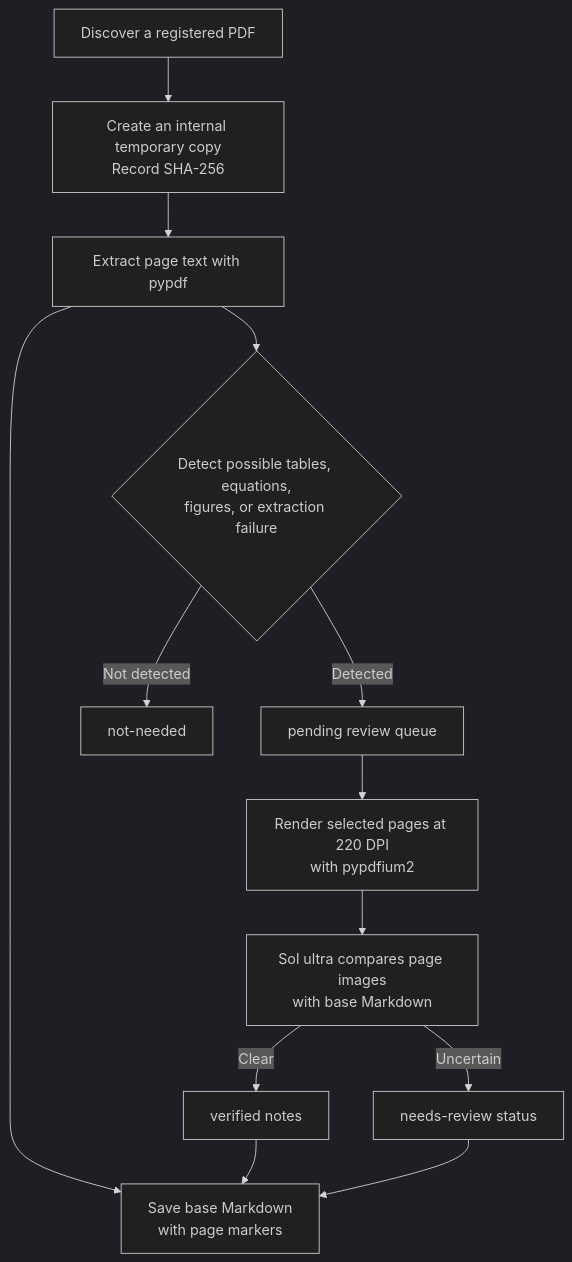
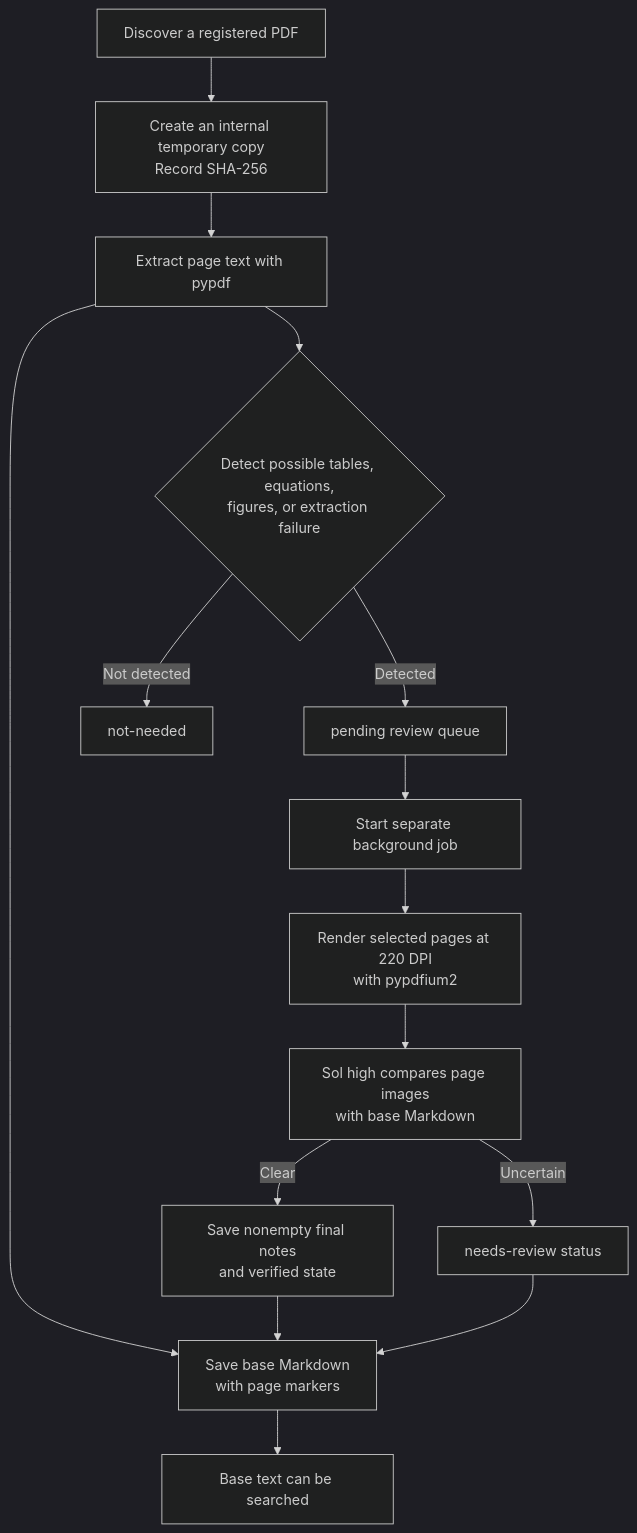
Before and after one commit to LWH4Data/research-agent: the third of 10 diagrams in docs/technical/README.en.md, drawn with Mermaid (dark theme). The commit also changed other lines of this file and 69 other files, not shown here.

````diff
--- a/docs/technical/README.en.md
+++ b/docs/technical/README.en.md
@@ -253,15 +314,17 @@
 ```mermaid
 flowchart TD
     P[Discover a registered PDF] --> C[Create an internal temporary copy<br/>Record SHA-256]
     C --> T[Extract page text with pypdf]
     T --> M[Save base Markdown<br/>with page markers]
     T --> H{Detect possible tables, equations,<br/>figures, or extraction failure}
     H -->|Not detected| N[not-needed]
     H -->|Detected| Q[pending review queue]
-    Q --> R[Render selected pages at 220 DPI<br/>with pypdfium2]
-    R --> V[Sol ultra compares page images<br/>with base Markdown]
-    V -->|Clear| OK[verified notes]
+    M --> A[Base text can be searched]
+    Q --> B[Start separate background job]
+    B --> R[Render selected pages at 220 DPI<br/>with pypdfium2]
+    R --> V[Sol high compares page images<br/>with base Markdown]
+    V -->|Clear| OK[Save nonempty final notes<br/>and verified state]
     V -->|Uncertain| NR[needs-review status]
     OK --> M
     NR --> M
 ```
````
